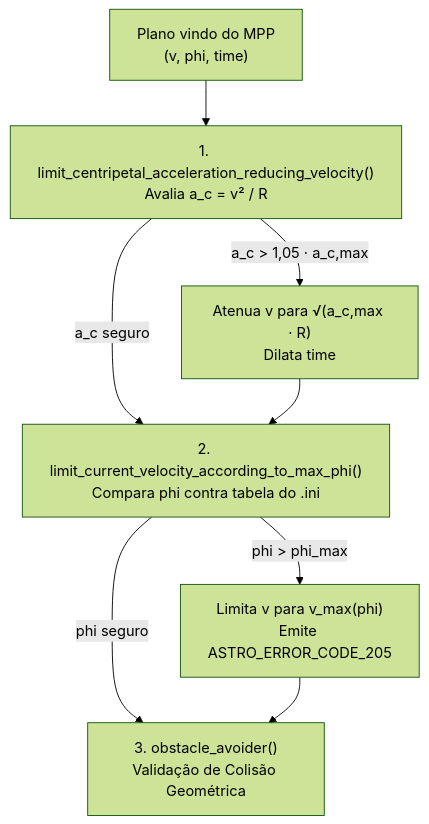
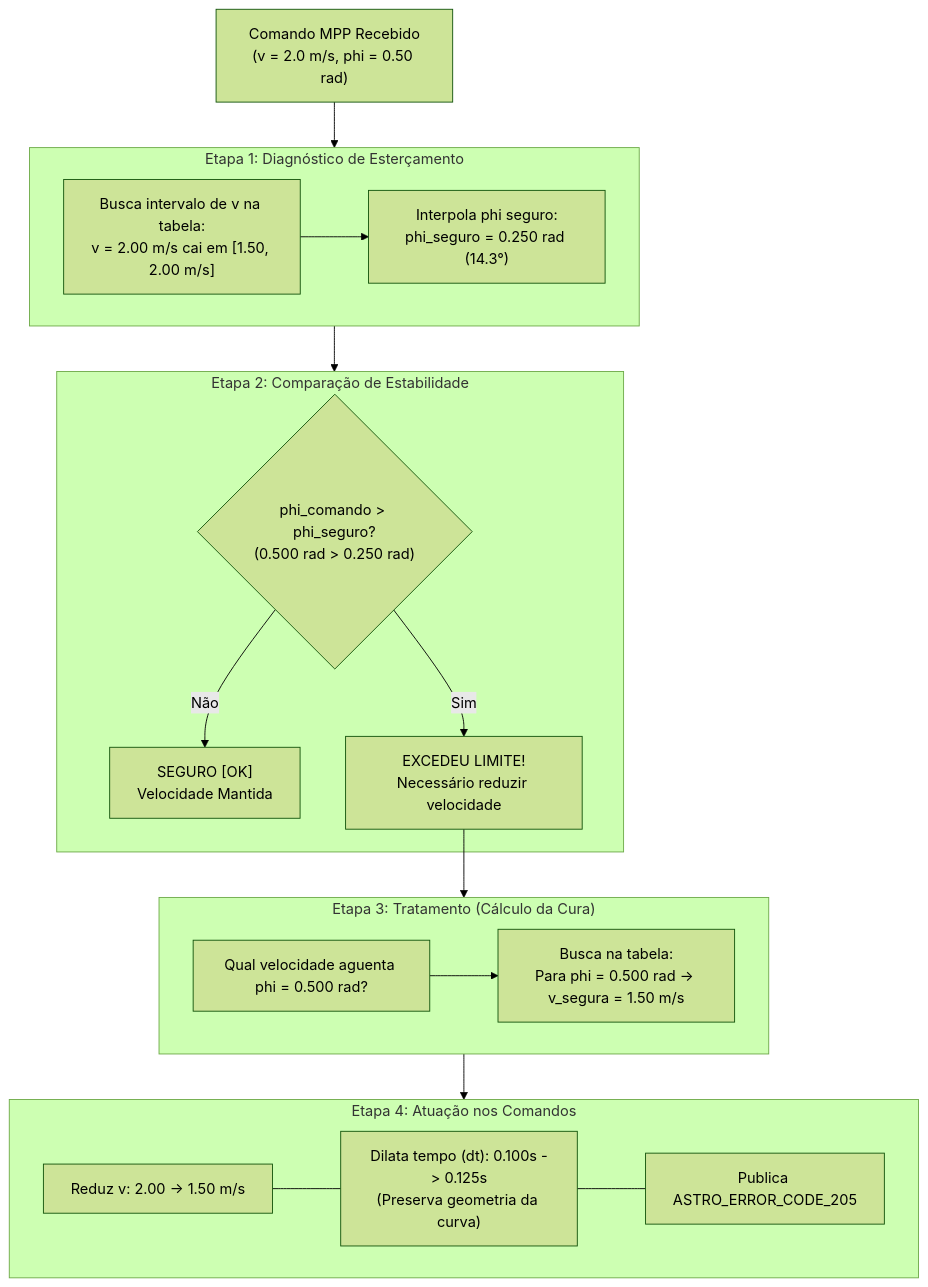
The second of 2 diagrams in README.md (BrenoCSilva/lume), drawn with Mermaid (forest theme) before and after one commit. The commit also changed other lines of this file, not shown here.

````diff
--- a/README.md
+++ b/README.md
@@ -10,10 +53,33 @@
 ```mermaid
 flowchart TD
-    MPP["Plano vindo do MPP<br>(v, phi, time)"] --> M1["1. limit_centripetal_acceleration_reducing_velocity()<br>Avalia a_c = v² / R"]
-    M1 -->|a_c > 1,05 · a_c,max| Reduz1["Atenua v para √(a_c,max · R)<br>Dilata time"]
-    M1 -->|a_c seguro| M2["2. limit_current_velocity_according_to_max_phi()<br>Compara phi contra tabela do .ini"]
-    Reduz1 --> M2
-    M2 -->|phi > phi_max| Reduz2["Limita v para v_max(phi)<br>Emite ASTRO_ERROR_CODE_205"]
-    M2 -->|phi seguro| OA["3. obstacle_avoider()<br>Validação de Colisão Geométrica"]
-    Reduz2 --> OA
+    CMD["Comando MPP Recebido<br>(v = 2.0 m/s, phi = 0.50 rad)"] --> E1
+    
+    subgraph E1 ["Etapa 1: Diagnóstico de Esterçamento"]
+        D1["Busca intervalo de v na tabela:<br>v = 2.00 m/s cai em [1.50, 2.00 m/s]"]
+        D1 --> D2["Interpola phi seguro:<br>phi_seguro = 0.250 rad (14.3°)"]
+    end
+    
+    E1 --> E2
+    
+    subgraph E2 ["Etapa 2: Comparação de Estabilidade"]
+        C1{"phi_comando > phi_seguro?<br>(0.500 rad > 0.250 rad)"}
+        C1 -->|Não| OK["SEGURO [OK]<br>Velocidade Mantida"]
+        C1 -->|Sim| ALERTA["EXCEDEU LIMITE!<br>Necessário reduzir velocidade"]
+    end
+    
+    ALERTA --> E3
+    
+    subgraph E3 ["Etapa 3: Tratamento (Cálculo da Cura)"]
+        T1["Qual velocidade aguenta phi = 0.500 rad?"]
+        T1 --> T2["Busca na tabela:<br>Para phi = 0.500 rad -> v_segura = 1.50 m/s"]
+    end
+    
+    E3 --> E4
+    
+    subgraph E4 ["Etapa 4: Atuação nos Comandos"]
+        A1["Reduz v: 2.00 -> 1.50 m/s"]
+        A2["Dilata tempo (dt): 0.100s -> 0.125s<br>(Preserva geometria da curva)"]
+        A3["Publica ASTRO_ERROR_CODE_205"]
+        A1 --- A2 --- A3
+    end
 ```
````
